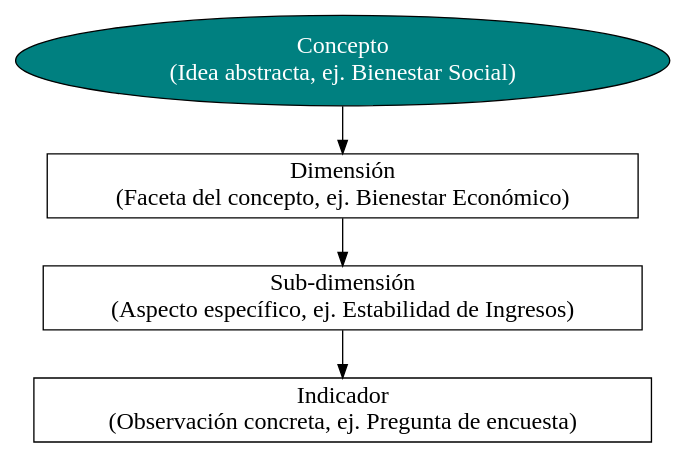
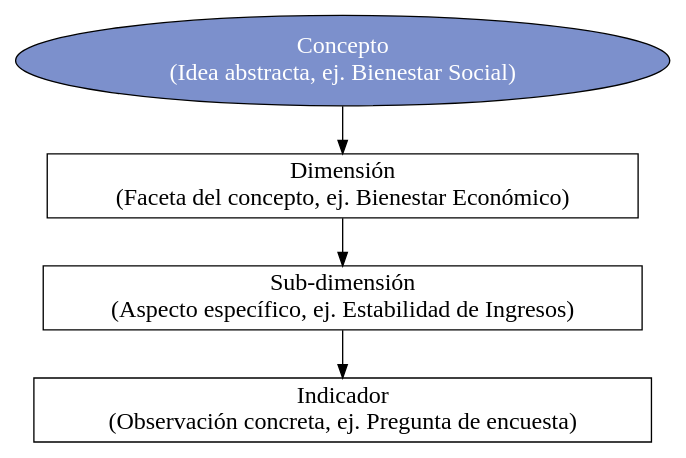
Before and after one commit to GabrielSotomayorl/dyv: the first of 2 diagrams in 2026/weeks/week03/slides.qmd, drawn with Graphviz. The commit also changed other lines of this file and 15 other files, not shown here.

````diff
--- a/2026/weeks/week03/slides.qmd
+++ b/2026/weeks/week03/slides.qmd
@@ -78,19 +89,19 @@
 ```{dot}
 // Jerarquía de la Medición
 digraph G {
   layout=dot;
   rankdir=TB; 
   node [shape=box, style=solid, fontcolor=black, fontsize=18];
 
   // Definición de Nodos
-  concepto [label="Concepto\n(Idea abstracta, ej. Bienestar Social)", shape=ellipse, style=filled, fillcolor="#008080", fontcolor=white];
+  concepto [label="Concepto\n(Idea abstracta, ej. Bienestar Social)", shape=ellipse, style=filled, fillcolor="#7C90CC", fontcolor=white];
   dimension [label="Dimensión\n(Faceta del concepto, ej. Bienestar Económico)"];
   subdimension [label="Sub-dimensión\n(Aspecto específico, ej. Estabilidad de Ingresos)"];
   indicador [label="Indicador\n(Observación concreta, ej. Pregunta de encuesta)"];
   
   // Relaciones
   concepto -> dimension;
   dimension -> subdimension;
   subdimension -> indicador;
 }
 ```
````
